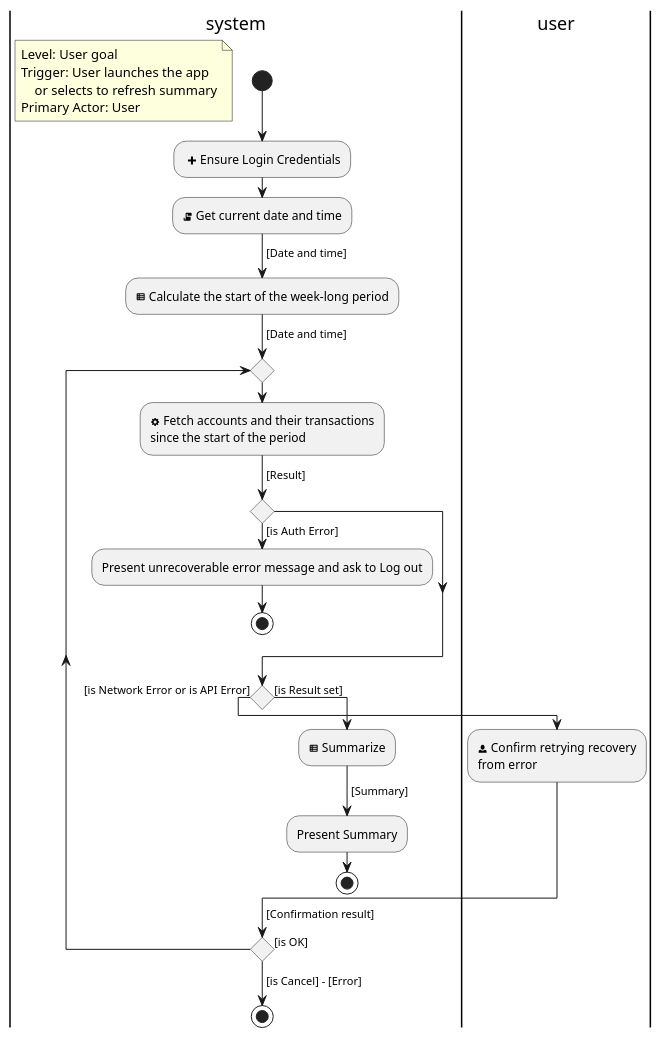
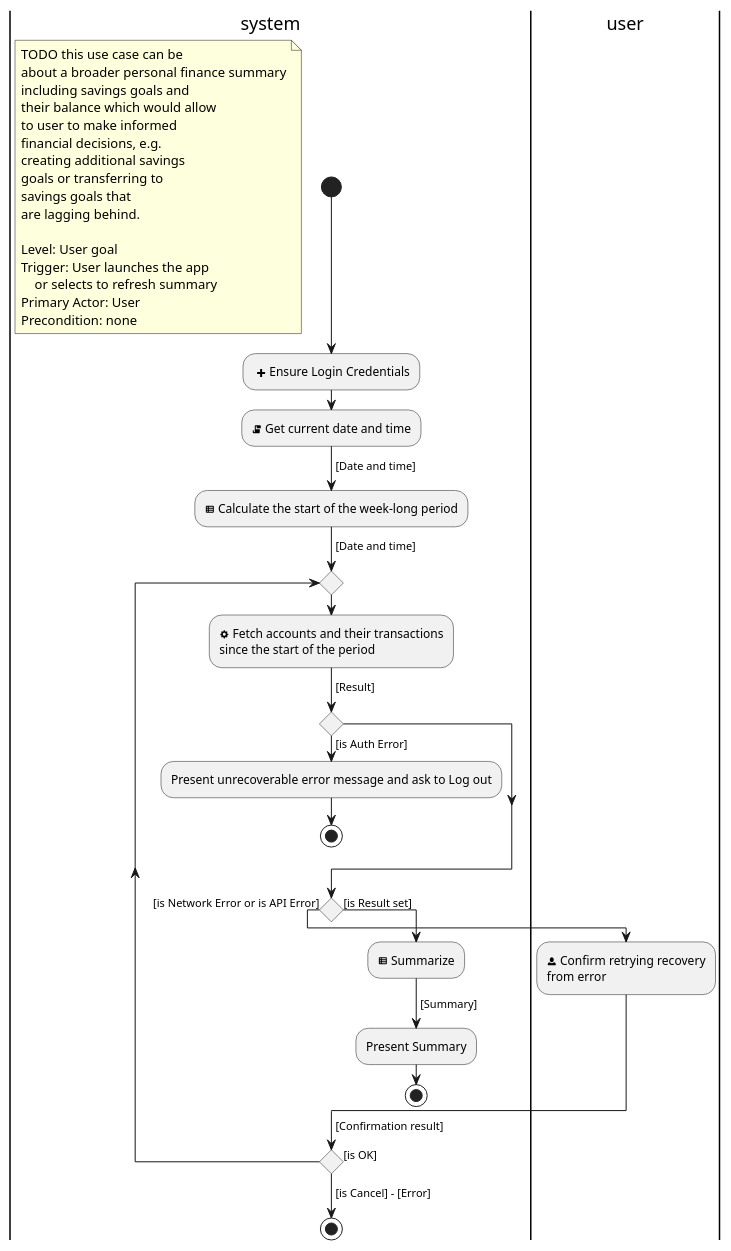
Before and after one commit to hristo-stefanov/MiniBankingDemo: the diagram in diagrams/User Goal/Get Accounts and RoundUps Summary.puml, drawn with PlantUML. The commit also changed 2 other files, not shown here.

Commit message:
Restructure diagrams

```diff
--- a/diagrams/User Goal/Get Accounts and RoundUps Summary.puml
+++ b/diagrams/User Goal/Get Accounts and RoundUps Summary.puml
@@ -1,47 +1,58 @@
 @startuml
 'https://plantuml.com/activity-diagram-beta
-
 
 |system|
 start
 
 floating note left
+TODO this use case can be
+about a broader personal finance summary
+including savings goals and
+their balance which would allow
+to user to make informed
+financial decisions, e.g.
+creating additional savings
+goals or transferring to
+savings goals that
+are lagging behind.
+
 Level: User goal
 Trigger: User launches the app
     or selects to refresh summary
 Primary Actor: User
+Precondition: none
 endnote
 
 : <&plus> Ensure Login Credentials;
 
 :<&script> Get current date and time;
 -> [Date and time];
 :<&spreadsheet> Calculate the start of the week-long period;
 -> [Date and time];
 repeat
  :<&cog> Fetch accounts and their transactions
 since the start of the period;
 -> [Result];
 
 if () then ([is Auth Error])
     :Present unrecoverable error message and ask to Log out; <<sendSignal>>
     stop
 endif
 
 if () then ([is Network Error or is API Error])
     |user|
     :<&person> Confirm retrying recovery
     from error;
     |system|
 else ([is Result set])
     :<&spreadsheet> Summarize;
     -> [Summary];
     :Present Summary; <<sendSignal>>
     stop
 endif
 
 -> [Confirmation result];
 repeat while () is ([is OK])
 -> [is Cancel] - [Error];
 stop
 @enduml
```
